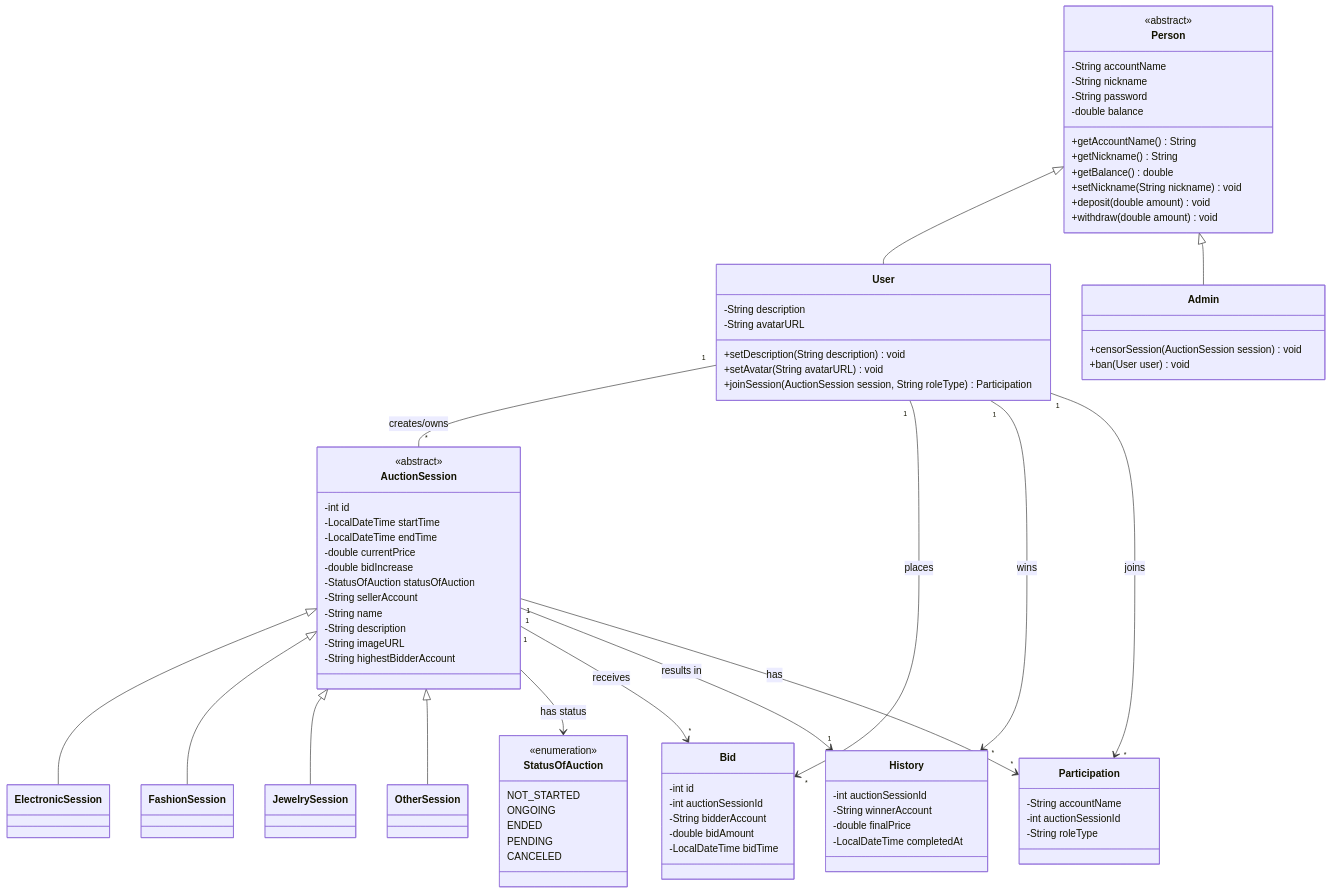
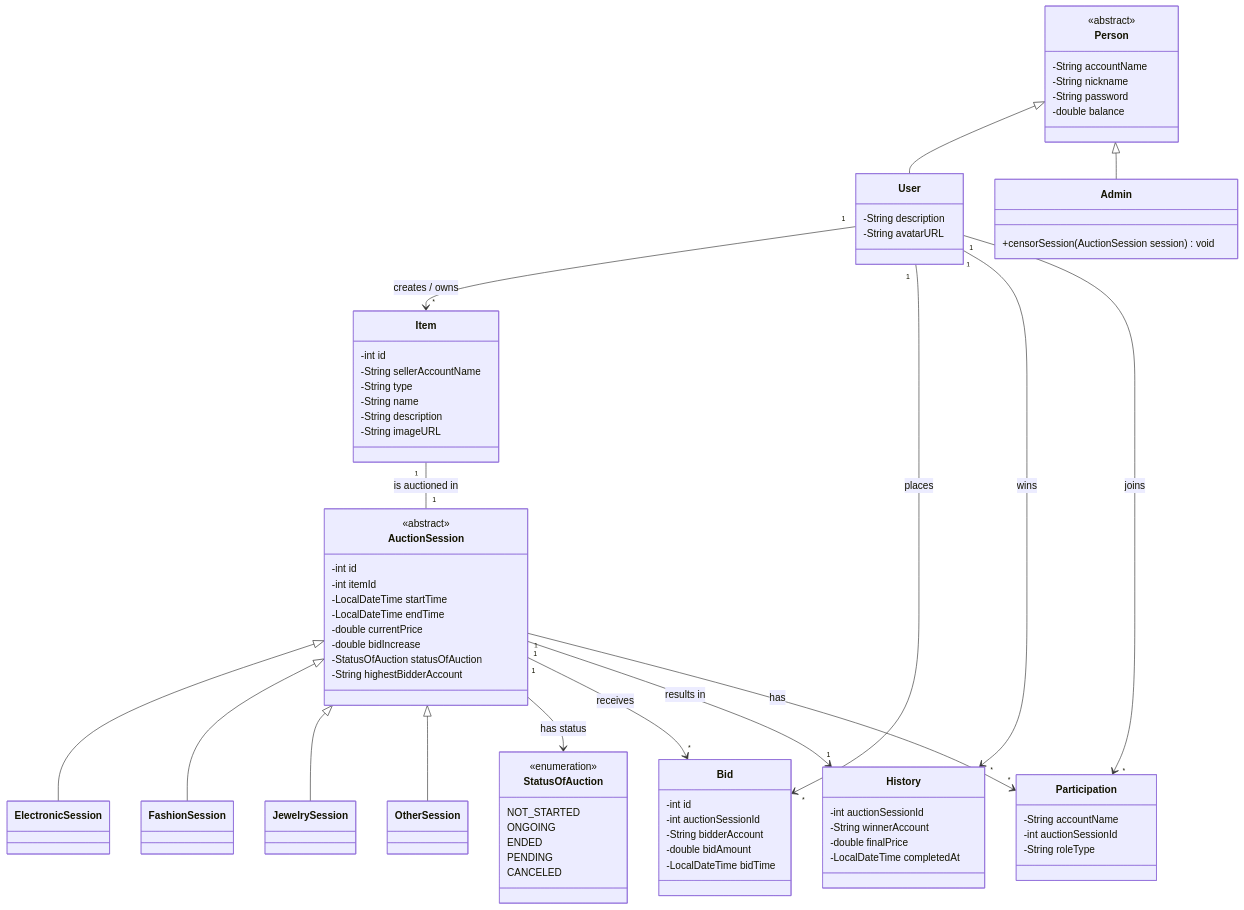
The first of 3 diagrams in README.md (phudeptraibodoithe/Bai-tap-lon-nhom-6), drawn with Mermaid before and after one commit. The commit also changed other lines of this file and 473 other files, not shown here.

````diff
--- a/README.md
+++ b/README.md
@@ -43,47 +43,44 @@
         -String nickname
         -String password
         -double balance
-        +getAccountName() String
-        +getNickname() String
-        +getBalance() double
-        +setNickname(String nickname) void
-        +deposit(double amount) void
-        +withdraw(double amount) void
     }
 
     class User {
         -String description
         -String avatarURL
-        +setDescription(String description) void
-        +setAvatar(String avatarURL) void
-        +joinSession(AuctionSession session, String roleType) Participation
     }
 
     class Admin {
         +censorSession(AuctionSession session) void
-        +ban(User user) void
     }
 
     Person <|-- User
     Person <|-- Admin
 
-    %% --- PHẦN ENTITY CỐT LÕI Đ ĐÃ SỬA ---
+    %% --- PHẦN ITEM (BẢNG MỚI ĐƯỢC TÁCH RA) ---
+    class Item {
+        -int id
+        -String sellerAccountName
+        -String type
+        -String name
+        -String description
+        -String imageURL
+    }
+
+    %% --- PHẦN SESSION ---
     class AuctionSession {
         <<abstract>>
         -int id
+        -int itemId
         -LocalDateTime startTime
         -LocalDateTime endTime
         -double currentPrice
         -double bidIncrease
         -StatusOfAuction statusOfAuction
-        -String sellerAccount
-        -String name
-        -String description
-        -String imageURL
         -String highestBidderAccount
     }
 
-    %% Các Class con của AuctionSession (Bạn hãy đổi tên theo đúng ảnh của bạn)
+    %% Các Class con của AuctionSession
     class ElectronicSession {
     }
     class FashionSession {
@@ -100,6 +97,7 @@
 
     AuctionSession --> StatusOfAuction : has status
 
+    %% --- PHẦN LỊCH SỬ & BID ---
     class Bid {
         -int id
         -int auctionSessionId
@@ -115,12 +113,6 @@
         -LocalDateTime completedAt
     }
 
-    User "1" -- "*" AuctionSession : creates/owns
-    User "1" --> "*" Bid : places
-    AuctionSession "1" --> "*" Bid : receives
-    User "1" --> "*" History : wins
-    AuctionSession "1" --> "1" History : results in
-
     %% --- PHẦN PARTICIPATION ---
     class Participation {
         -String accountName
@@ -128,7 +120,19 @@
         -String roleType
     }
 
-    %% Mối quan hệ của Participation
+    %% --- MỐI QUAN HỆ CỦA CÁC THỰC THỂ (RELATIONSHIPS) ---
+    
+    %% User tạo ra Item, Item được đấu giá trong Session
+    User "1" --> "*" Item : creates / owns
+    Item "1" -- "1" AuctionSession : is auctioned in
+    
+    %% User và Bid, History
+    User "1" --> "*" Bid : places
+    AuctionSession "1" --> "*" Bid : receives
+    User "1" --> "*" History : wins
+    AuctionSession "1" --> "1" History : results in
+    
+    %% Participation
     User "1" --> "*" Participation : joins
     AuctionSession "1" --> "*" Participation : has
 ```
````
